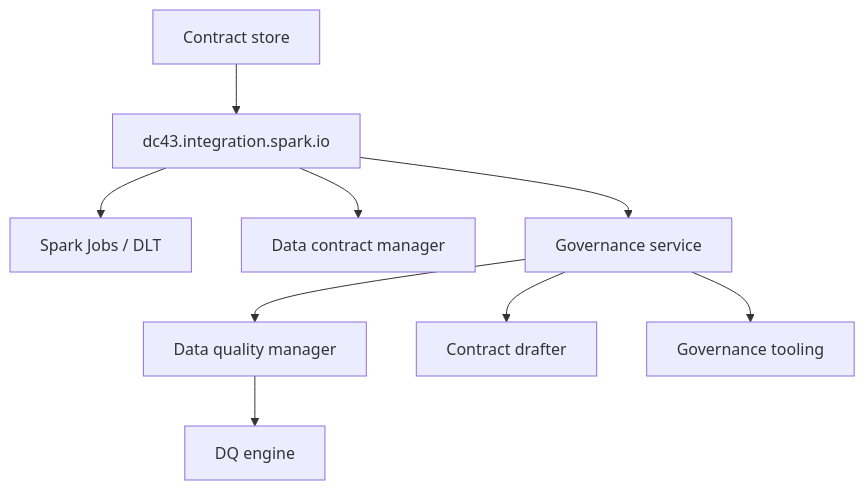
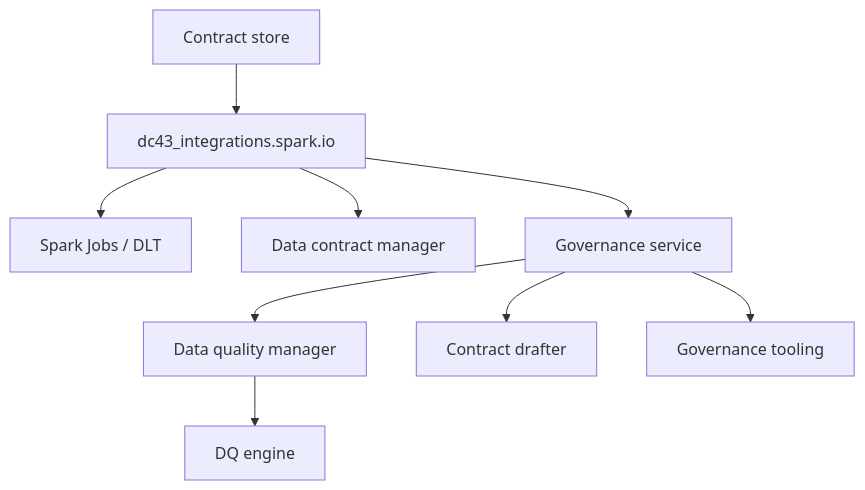
Before and after one commit to NextLab-SRL/dc43: the diagram in docs/implementations/integration/spark-dlt.md, drawn with Mermaid. The commit also changed other lines of this file and 17 other files, not shown here.

````diff
--- a/docs/implementations/integration/spark-dlt.md
+++ b/docs/implementations/integration/spark-dlt.md
@@ -12,11 +12,11 @@
 ```mermaid
 flowchart TD
-    ContractStore["Contract store"] --> IO["dc43.integration.spark.io"]
+    ContractStore["Contract store"] --> IO["dc43_integrations.spark.io"]
     IO --> Spark["Spark Jobs / DLT"]
     IO --> ContractMgr["Data contract manager"]
     IO --> Governance["Governance service"]
     Governance --> DQMgr["Data quality manager"]
     DQMgr --> DQEngine["DQ engine"]
     Governance --> Drafter["Contract drafter"]
     Governance --> Steward["Governance tooling"]
 ```
````
